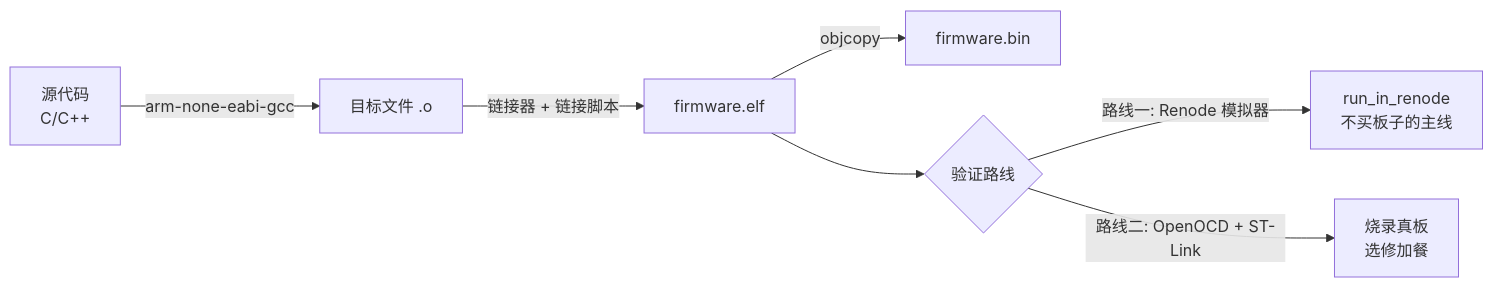
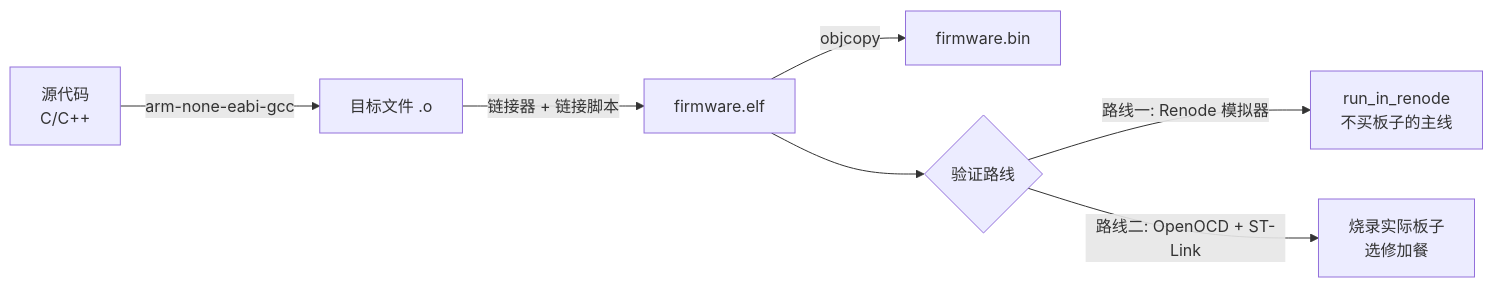
The diagram in documents/vol8-domains/embedded/f103/00-env-setup/01-toolchain-setup.md (Awesome-Embedded-Learning-Studio/Tutorial_AwesomeModernCPP), drawn with Mermaid before and after one commit. The commit also changed other lines of this file and 13 other files, not shown here.

````diff
--- a/documents/vol8-domains/embedded/f103/00-env-setup/01-toolchain-setup.md
+++ b/documents/vol8-domains/embedded/f103/00-env-setup/01-toolchain-setup.md
@@ -51,9 +59,9 @@
 ```mermaid
 flowchart LR
     A[源代码<br/>C/C++] -->|arm-none-eabi-gcc| B[目标文件 .o]
     B -->|链接器 + 链接脚本| C[firmware.elf]
     C -->|objcopy| D[firmware.bin]
     C --> E{验证路线}
     E -->|路线一: Renode 模拟器| F[run_in_renode<br/>不买板子的主线]
-    E -->|路线二: OpenOCD + ST-Link| G[烧录真板<br/>选修加餐]
+    E -->|路线二: OpenOCD + ST-Link| G[烧录实际板子<br/>选修加餐]
 ```
````
